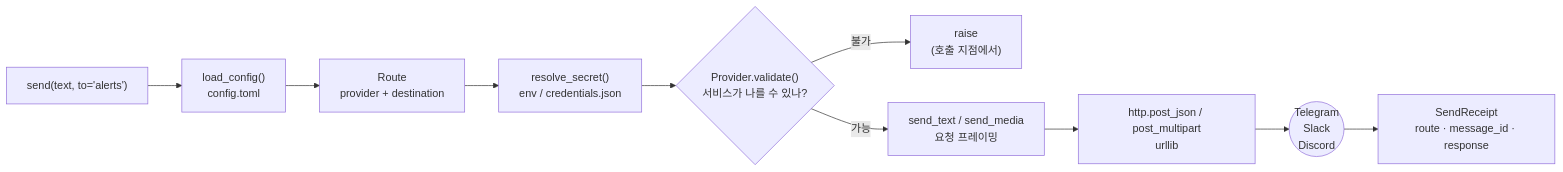
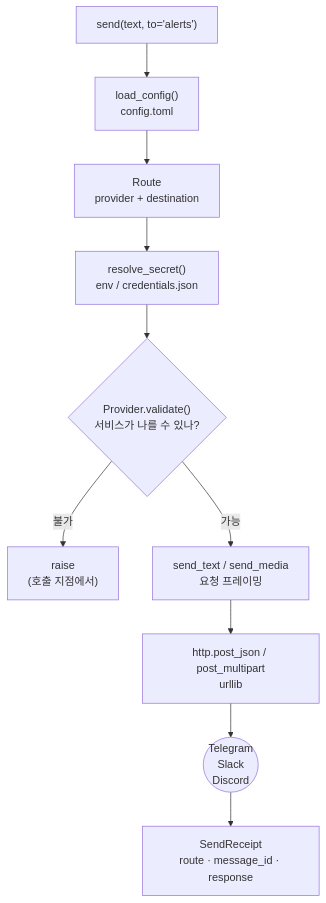
Before and after one commit to seokhoonj/pushpush: the first of 2 diagrams in README.ko.md, drawn with Mermaid. The commit also changed 1 other file, not shown here.

Commit message:
docs: lay the pipeline diagram top-to-bottom so its text stays readable

````diff
--- a/README.ko.md
+++ b/README.ko.md
@@ -25,12 +25,12 @@
 ```mermaid
-flowchart LR
+flowchart TB
     caller["send(text, to='alerts')"] --> cfg["load_config()<br/>config.toml"]
     cfg --> route["Route<br/>provider + destination"]
     route --> secret["resolve_secret()<br/>env / credentials.json"]
     secret --> validate{"Provider.validate()<br/>서비스가 나를 수 있나?"}
     validate -->|"불가"| refuse["raise<br/>(호출 지점에서)"]
     validate -->|"가능"| frame["send_text / send_media<br/>요청 프레이밍"]
     frame --> http["http.post_json / post_multipart<br/>urllib"]
     http --> service(("Telegram<br/>Slack<br/>Discord"))
     service --> receipt["SendReceipt<br/>route · message_id · response"]
 ```
````
